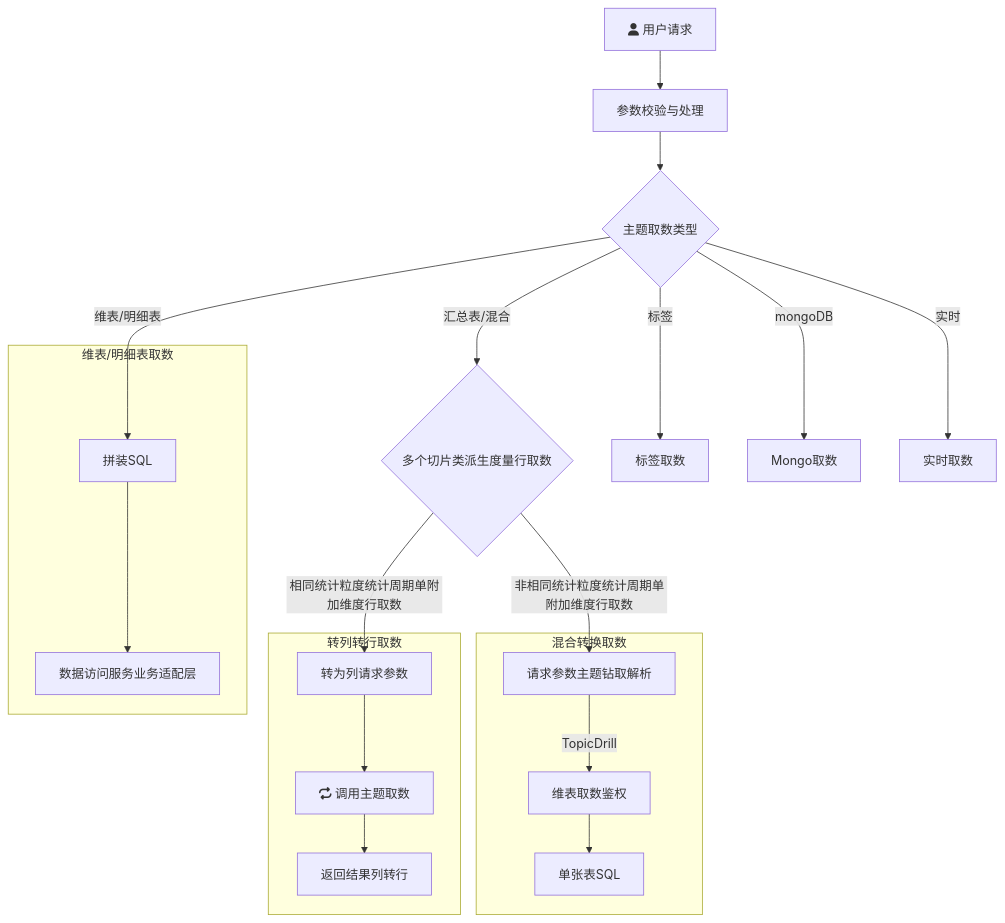
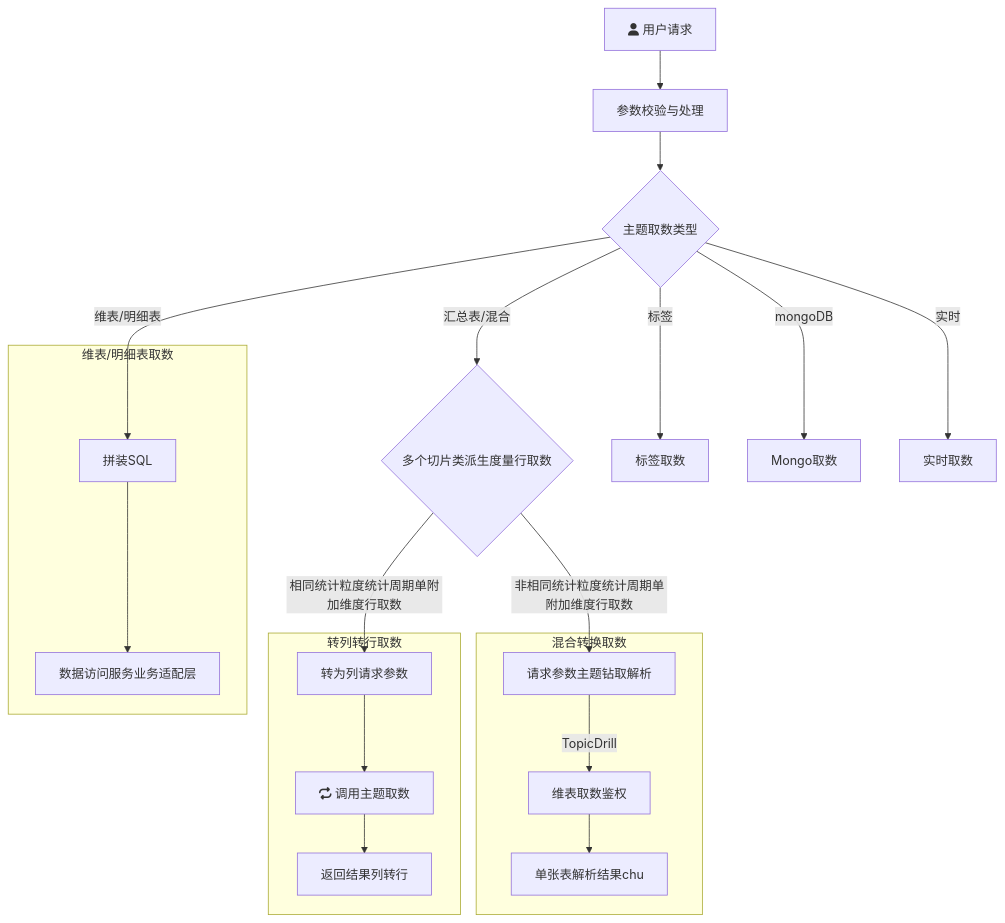
The diagram in all/未命名.md (yanglosm/iodraw-files), drawn with Mermaid before and after one commit.

Commit message:
2024-11-29 18:44:35 update

````diff
--- a/all/未命名.md
+++ b/all/未命名.md
@@ -1,20 +1,20 @@
 ```mermaid
 flowchart TD
     A[fa:fa-user 用户请求] -->A1[参数校验与处理] --> B{主题取数类型}
     B -->|维表/明细表| D[拼装SQL]
     B -->|汇总表/混合| E{多个切片类派生度量行取数}
     B -->|标签| F[标签取数]
     B -->|mongoDB| G[Mongo取数]
     B -->|实时| H[实时取数]
     E -->|相同统计粒度统计周期单附加维度行取数| E1[转为列请求参数]
     E -->|非相同统计粒度统计周期单附加维度行取数| T1[请求参数主题钻取解析]
     subgraph 维表/明细表取数
     D-->D1[数据访问服务业务适配层]
     end
     subgraph 转列转行取数
     E1-->E11[fa:fa-repeat 调用主题取数]-->E12[返回结果列转行]
     end
     subgraph 混合转换取数
-    T1-->|TopicDrill| T2[维表取数鉴权] --> T3[单张表SQL]
+    T1-->|TopicDrill| T2[维表取数鉴权] --> T3[单张表解析结果chu]
     end
 ```
````
